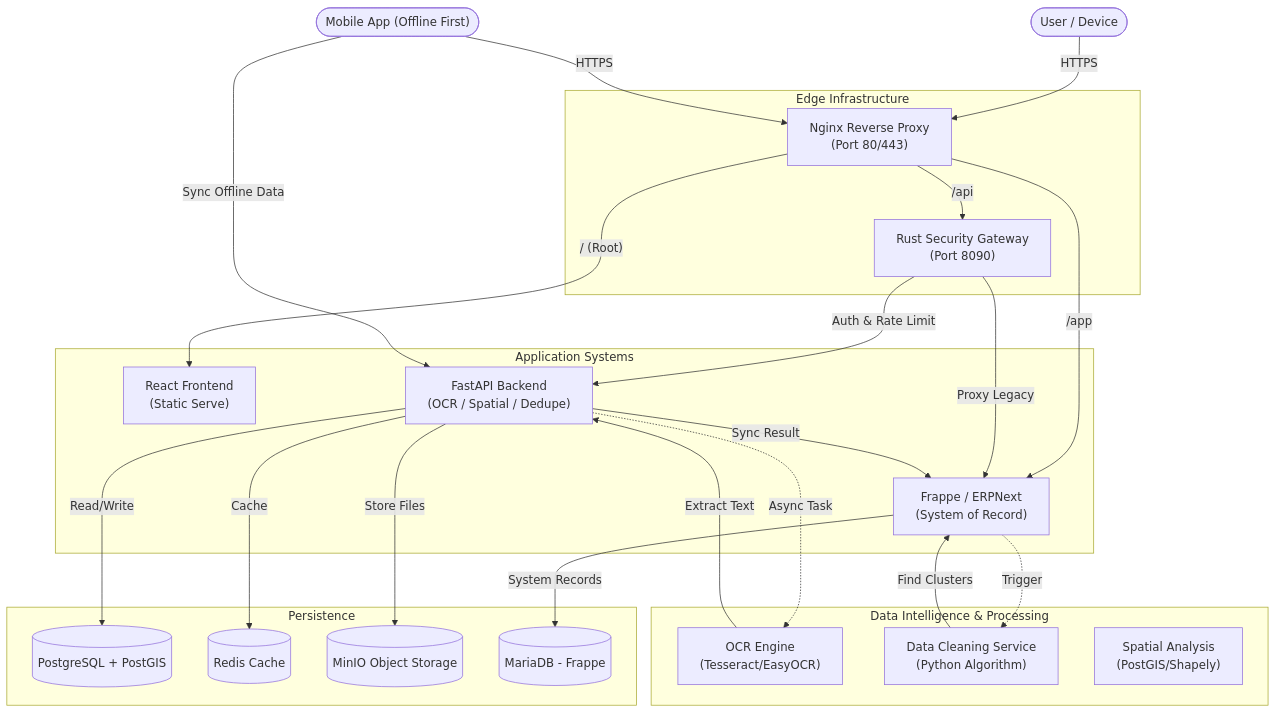
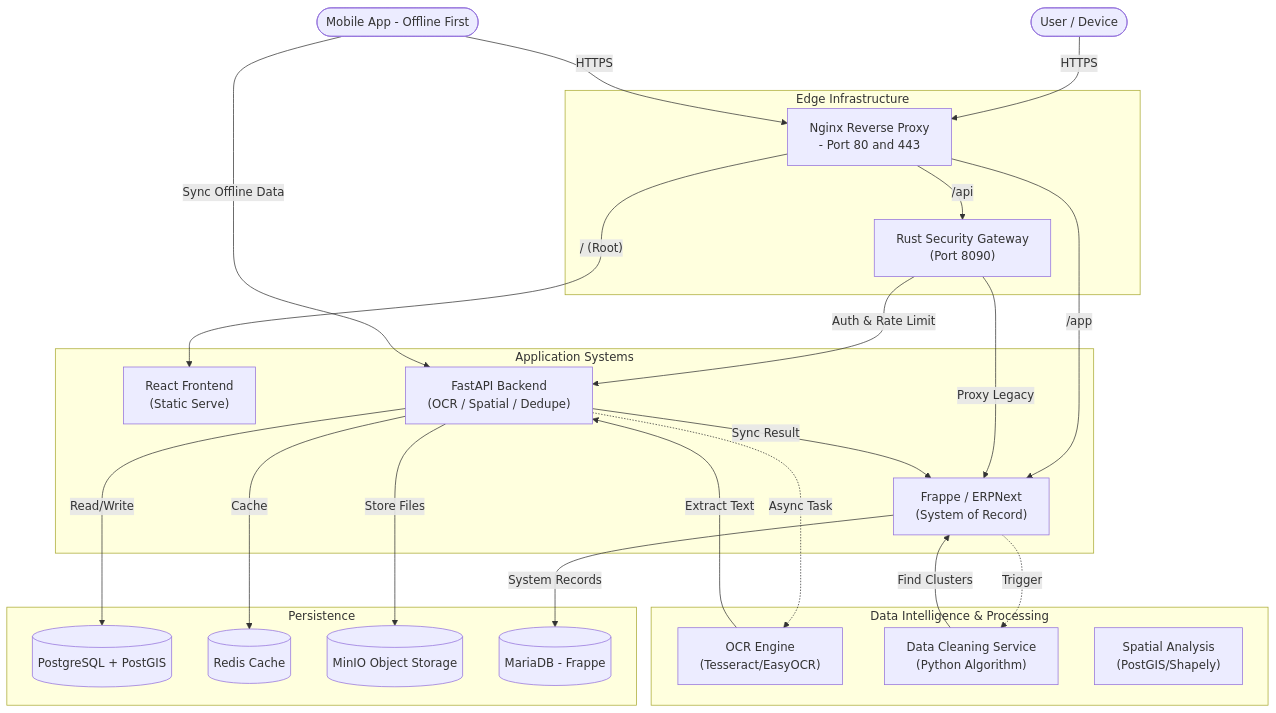
One commit to internetartsy/JK changed the diagram in documentation/docker_host.md. Above: the diagram before and after it, drawn with Mermaid. The commit also changed other lines of this file and 37 other files, not shown here.

````diff
--- a/documentation/docker_host.md
+++ b/documentation/docker_host.md
@@ -9,61 +9,61 @@
 ```mermaid
 flowchart TD
     %% -- User Layer --
     User(["User / Device"])
-    Mobile(["Mobile App (Offline First)"])
+    Mobile(["Mobile App - Offline First"])
     
     %% -- Edge Layer --
     subgraph Edge_Infrastructure [Edge Infrastructure]
-        Nginx["Nginx Reverse Proxy\n(Port 80/443)"]
+        Nginx["Nginx Reverse Proxy\n- Port 80 and 443"]
         Gateway["Rust Security Gateway\n(Port 8090)"]
     end
 
     %% -- Application Layer --
     subgraph App_Layer [Application Systems]
         Frontend["React Frontend\n(Static Serve)"]
         Backend["FastAPI Backend\n(OCR / Spatial / Dedupe)"]
         Frappe["Frappe / ERPNext\n(System of Record)"]
     end
 
     %% -- Data Intelligence Layer --
     subgraph Intelligence [Data Intelligence & Processing]
         OCR_Worker["OCR Engine\n(Tesseract/EasyOCR)"]
         Dedupe["Data Cleaning Service\n(Python Algorithm)"]
         Geo_Engine["Spatial Analysis\n(PostGIS/Shapely)"]
     end
 
     %% -- Persistence Layer --
     subgraph Data_Layer [Persistence]
         PSQL[("PostgreSQL + PostGIS")]
         Redis[("Redis Cache")]
         MinIO[("MinIO Object Storage")]
         MariaDB[("MariaDB - Frappe")]
     end
 
     %% -- Flows --
     User -->|"HTTPS"| Nginx
     Mobile -->|"HTTPS"| Nginx
 
     Nginx -->|"/ (Root)"| Frontend
     Nginx -->|"/api"| Gateway
     Nginx -->|"/app"| Frappe
 
     Gateway -->|"Auth & Rate Limit"| Backend
     Gateway -->|"Proxy Legacy"| Frappe
     
     Backend -->|"Read/Write"| PSQL
     Backend -->|"Cache"| Redis
     Backend -->|"Store Files"| MinIO
     
     Frappe -->|"System Records"| MariaDB
     
     %% -- Logic Flows --
     Backend -.->|"Async Task"| OCR_Worker
     OCR_Worker -->|"Extract Text"| Backend
     Backend -->|"Sync Result"| Frappe
     
     Frappe -.->|"Trigger"| Dedupe
     Dedupe -->|"Find Clusters"| Frappe
     
     Mobile -->|"Sync Offline Data"| Backend
 ```
````
